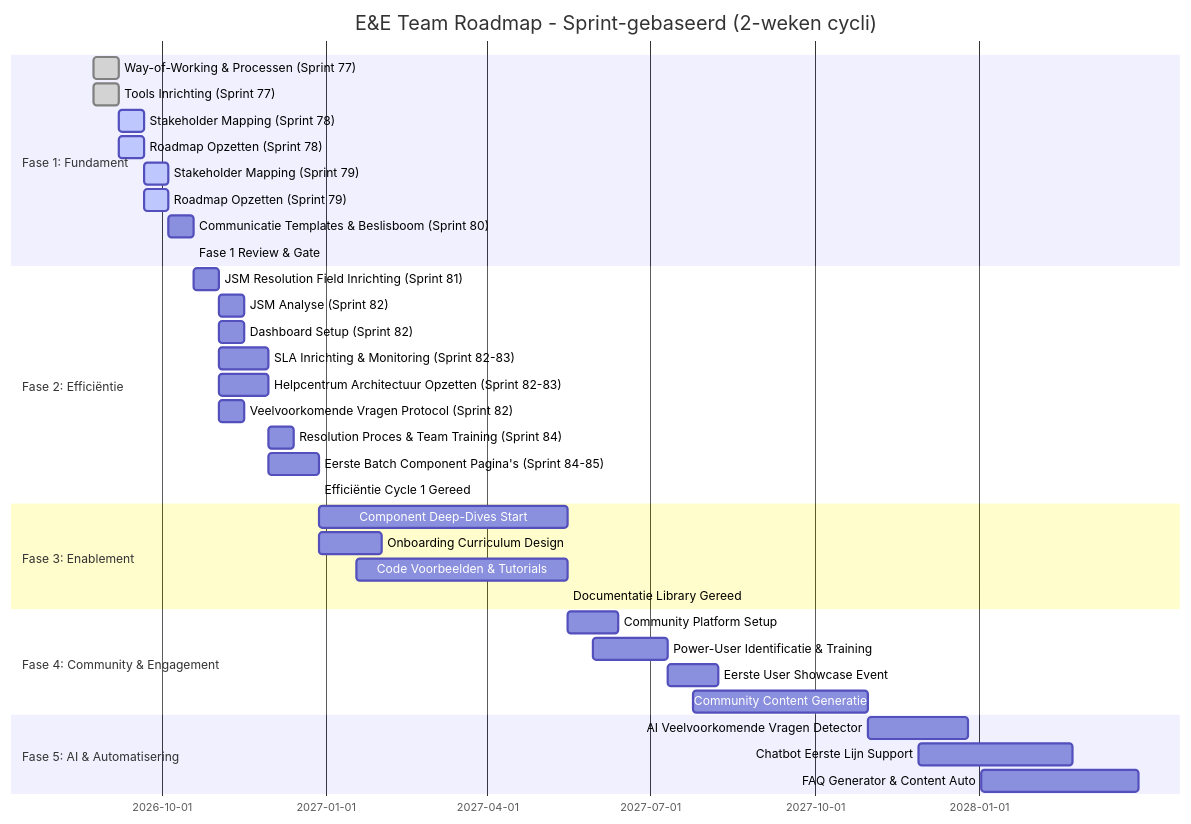
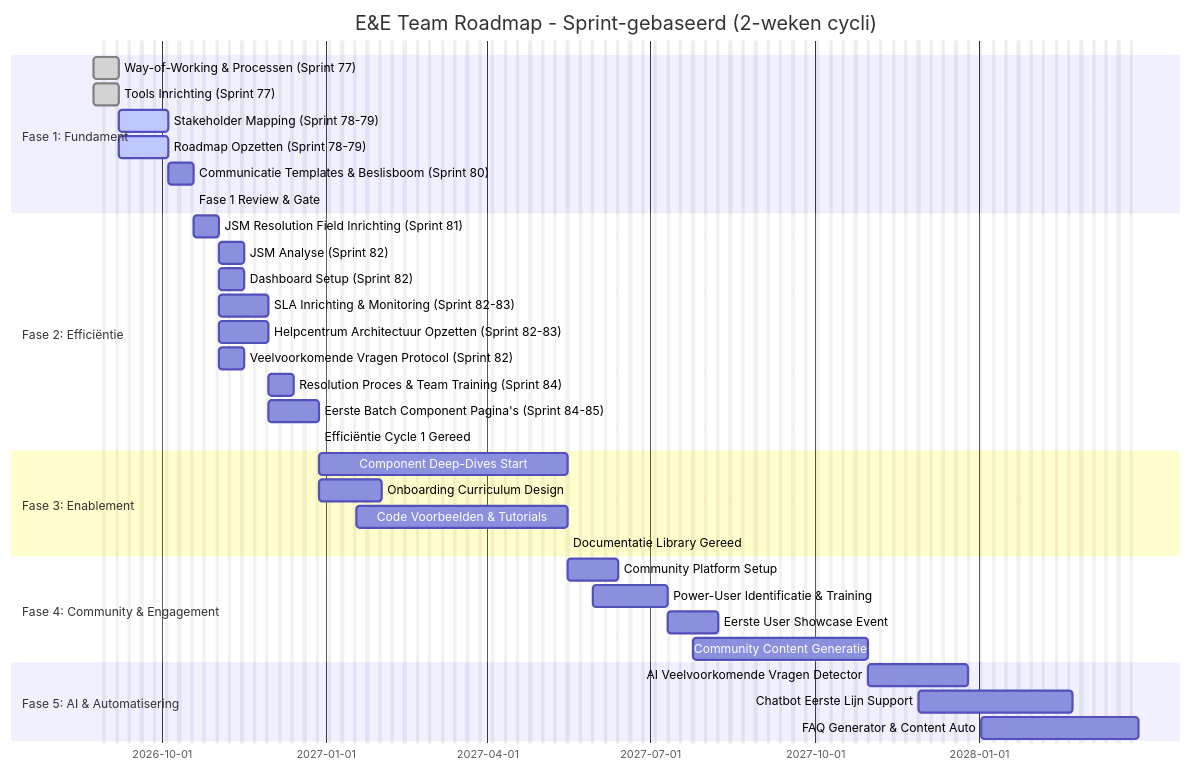
One commit to hbosscha-personal/enablement-engagement-roadmap changed the first of 6 diagrams in ROADMAP.md. Above: the diagram before and after it, drawn with Mermaid. The commit also changed other lines of this file, not shown here.

Commit message:
Update roadmap markdown with final per-fase structure

````diff
--- a/ROADMAP.md
+++ b/ROADMAP.md
@@ -9,43 +13,42 @@
 ```mermaid
 gantt
     title E&E Team Roadmap - Sprint-gebaseerd (2-weken cycli)
     dateFormat YYYY-MM-DD
+    excludes    weekends
     
     section Fase 1: Fundament
     Way-of-Working & Processen (Sprint 77)    :done,      p1_wow,    2026-08-24, 2026-09-07
     Tools Inrichting (Sprint 77)               :done,      p1_tools,  2026-08-24, 2026-09-07
-    Stakeholder Mapping (Sprint 78)            :active,    p1_stake,  2026-09-07, 2026-09-21
-    Roadmap Opzetten (Sprint 78)               :active,    p1_road,   2026-09-07, 2026-09-21
-    Stakeholder Mapping (Sprint 79)            :active,    p1_stake2, 2026-09-21, 2026-10-05
-    Roadmap Opzetten (Sprint 79)               :active,    p1_road2,  2026-09-21, 2026-10-05
+    Stakeholder Mapping (Sprint 78-79)            :active,    p1_stake,  2026-09-07, 2026-10-05
+    Roadmap Opzetten (Sprint 78-79)               :active,    p1_road,   2026-09-07, 2026-10-05
     Communicatie Templates & Beslisboom (Sprint 80)    :p1_comm,   2026-10-05, 2026-10-19
     Fase 1 Review & Gate                       :crit,      p1_gate,   2026-10-19, 2026-10-19
     
     section Fase 2: Efficiëntie
     JSM Resolution Field Inrichting (Sprint 81)   :p2_resolution, 2026-10-19, 2026-11-02
     JSM Analyse (Sprint 82)                       :p2_ana,    2026-11-02, 2026-11-16
     Dashboard Setup (Sprint 82)                   :p2_dash,   2026-11-02, 2026-11-16
     SLA Inrichting & Monitoring (Sprint 82-83)    :p2_sla,    2026-11-02, 2026-11-30
     Helpcentrum Architectuur Opzetten (Sprint 82-83)    :p2_hc,     2026-11-02, 2026-11-30
     Veelvoorkomende Vragen Protocol (Sprint 82)   :p2_protocol, 2026-11-02, 2026-11-16
     Resolution Proces & Team Training (Sprint 84)    :p2_training, 2026-11-30, 2026-12-14
     Eerste Batch Component Pagina's (Sprint 84-85)    :p2_components, 2026-11-30, 2026-12-28
     Efficiëntie Cycle 1 Gereed                  :crit,      p2_gate,   2026-12-28, 2026-12-28
     
     section Fase 3: Enablement
     Component Deep-Dives Start                 :p3_components, 2026-12-28, 2027-05-16
     Onboarding Curriculum Design               :p3_onboard, 2026-12-28, 2027-02-01
     Code Voorbeelden & Tutorials               :p3_code,   2027-01-18, 2027-05-16
     Documentatie Library Gereed                :crit,      p3_gate,   2027-05-16, 2027-05-16
     
     section Fase 4: Community & Engagement
     Community Platform Setup                   :p4_comm,   2027-05-16, 2027-06-13
     Power-User Identificatie & Training        :p4_power, 2027-05-30, 2027-07-11
     Eerste User Showcase Event                 :p4_event,  2027-07-11, 2027-08-08
     Community Content Generatie                :p4_content, 2027-07-25, 2027-10-31
     
     section Fase 5: AI & Automatisering
     AI Veelvoorkomende Vragen Detector         :p5_ai,     2027-10-31, 2027-12-26
     Chatbot Eerste Lijn Support                :p5_chatbot, 2027-11-28, 2028-02-22
     FAQ Generator & Content Auto               :p5_faq,    2028-01-02, 2028-03-30
 ```
````
